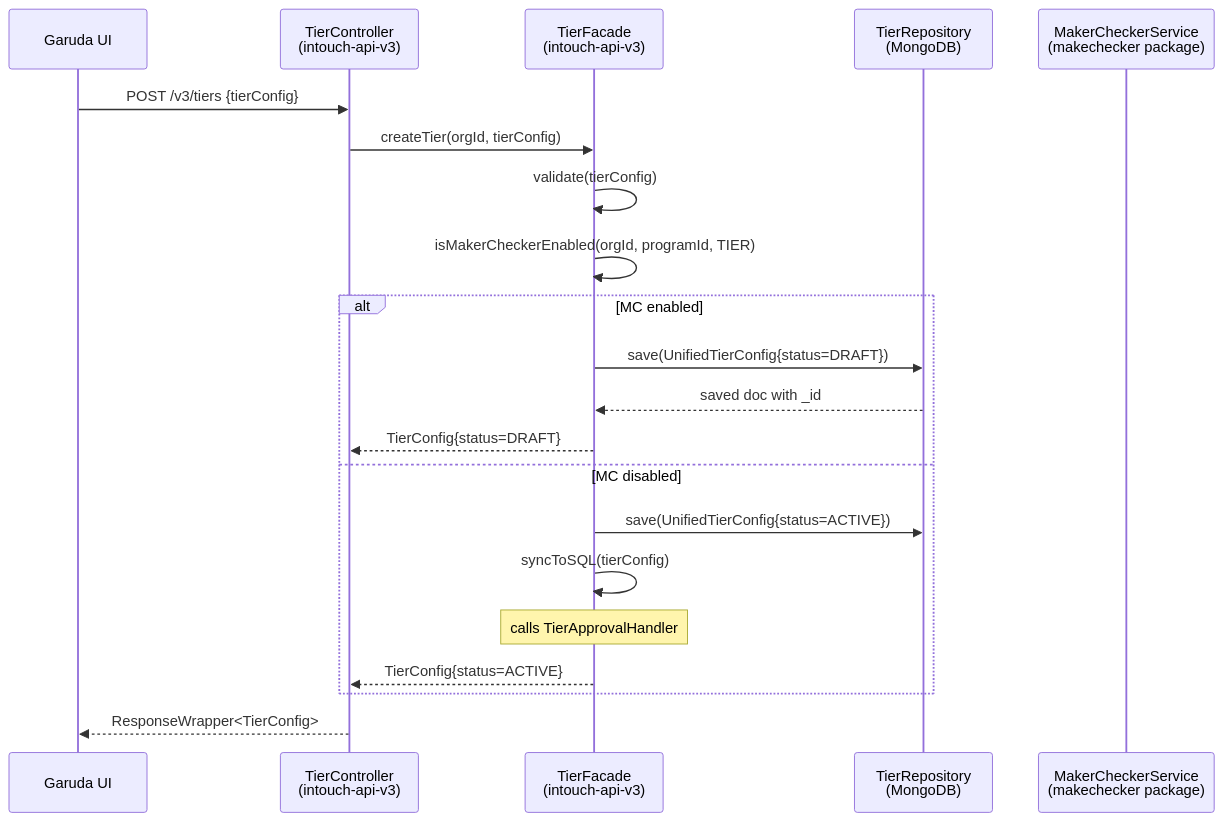
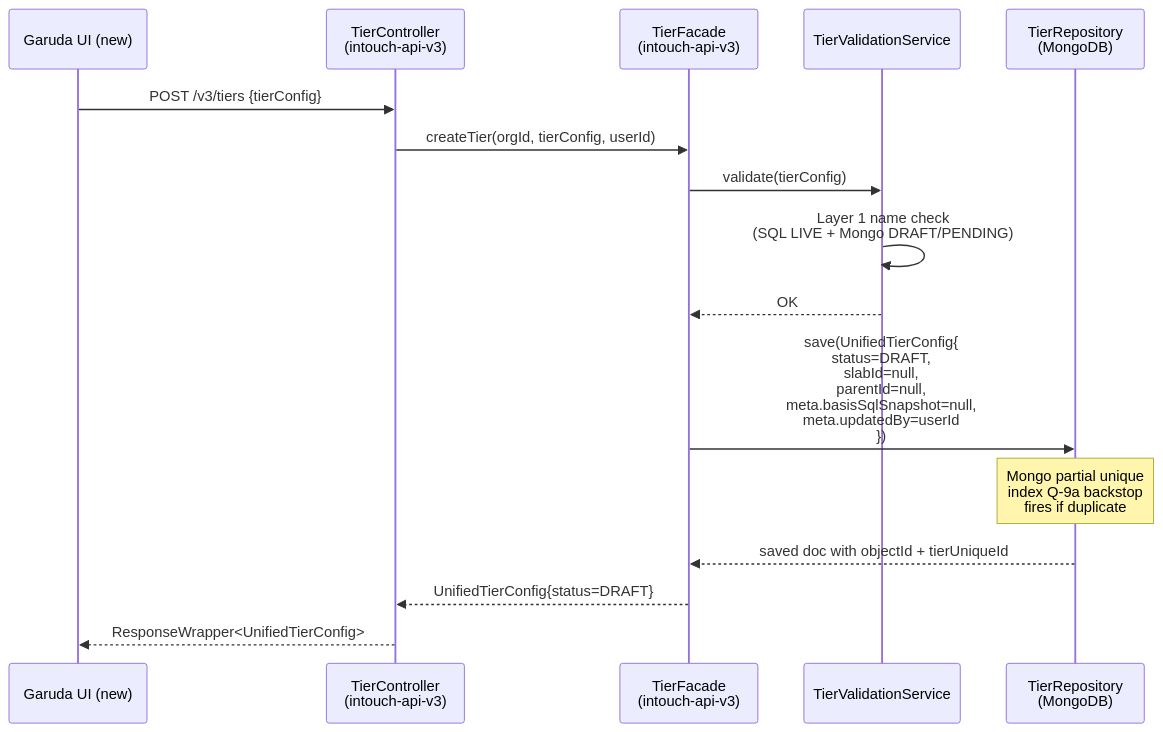
One commit to BaljeetSinghCapillaryTech/kalpavriksha changed the first of 9 diagrams in docs/pipeline/tier/cross-repo-trace.md. Above: the diagram before and after it, drawn with Mermaid. The commit also changed other lines of this file, not shown here.

First line of the commit message:
raidlc/ai_tier: Rework #5 cascade Step 7 — Cross-Repo Trace

````diff
--- a/docs/pipeline/tier/cross-repo-trace.md
+++ b/docs/pipeline/tier/cross-repo-trace.md
@@ -10,24 +14,19 @@
 ```mermaid
 sequenceDiagram
-    participant UI as Garuda UI
+    participant UI as Garuda UI (new)
     participant TC as TierController<br/>(intouch-api-v3)
     participant TF as TierFacade<br/>(intouch-api-v3)
+    participant TVS as TierValidationService
     participant TR as TierRepository<br/>(MongoDB)
-    participant MCS as MakerCheckerService<br/>(makechecker package)
-    
+
     UI->>TC: POST /v3/tiers {tierConfig}
-    TC->>TF: createTier(orgId, tierConfig)
-    TF->>TF: validate(tierConfig)
-    TF->>TF: isMakerCheckerEnabled(orgId, programId, TIER)
-    alt MC enabled
-        TF->>TR: save(UnifiedTierConfig{status=DRAFT})
-        TR-->>TF: saved doc with _id
-        TF-->>TC: TierConfig{status=DRAFT}
-    else MC disabled
-        TF->>TR: save(UnifiedTierConfig{status=ACTIVE})
-        TF->>TF: syncToSQL(tierConfig)
-        Note over TF: calls TierApprovalHandler
-        TF-->>TC: TierConfig{status=ACTIVE}
-    end
-    TC-->>UI: ResponseWrapper<TierConfig>
+    TC->>TF: createTier(orgId, tierConfig, userId)
+    TF->>TVS: validate(tierConfig)
+    TVS->>TVS: Layer 1 name check<br/>(SQL LIVE + Mongo DRAFT/PENDING)
+    TVS-->>TF: OK
+    TF->>TR: save(UnifiedTierConfig{<br/>status=DRAFT,<br/>slabId=null,<br/>parentId=null,<br/>meta.basisSqlSnapshot=null,<br/>meta.updatedBy=userId<br/>})
+    Note over TR: Mongo partial unique<br/>index Q-9a backstop<br/>fires if duplicate
+    TR-->>TF: saved doc with objectId + tierUniqueId
+    TF-->>TC: UnifiedTierConfig{status=DRAFT}
+    TC-->>UI: ResponseWrapper<UnifiedTierConfig>
 ```
````
